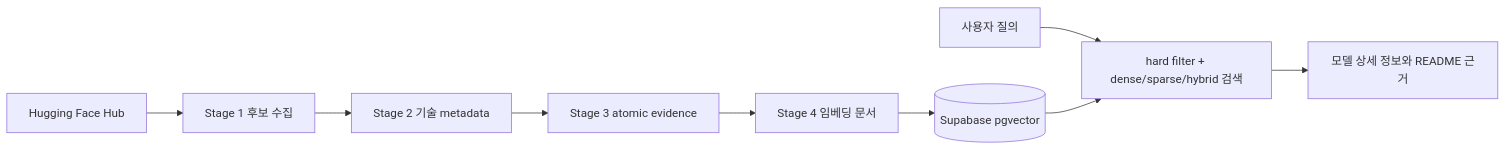
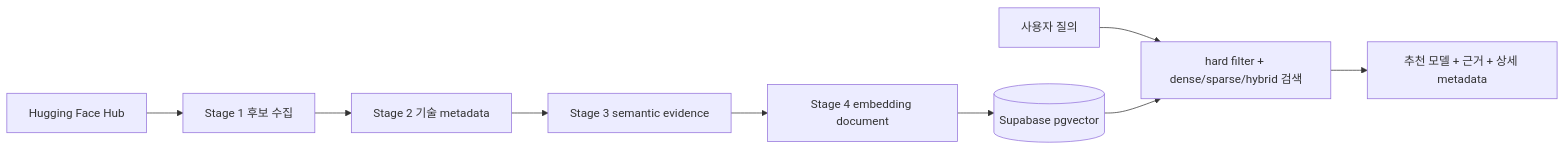
One commit to Model-Scout/Model_Scout changed the diagram in README.md. Above: the diagram before and after it, drawn with Mermaid. The commit also changed other lines of this file and 3 other files, not shown here.

````diff
--- a/README.md
+++ b/README.md
@@ -36,11 +15,11 @@
 ```mermaid
 flowchart LR
     H[Hugging Face Hub] --> S1[Stage 1 후보 수집]
     S1 --> S2[Stage 2 기술 metadata]
-    S2 --> S3[Stage 3 atomic evidence]
-    S3 --> S4[Stage 4 임베딩 문서]
+    S2 --> S3[Stage 3 semantic evidence]
+    S3 --> S4[Stage 4 embedding document]
     S4 --> DB[(Supabase pgvector)]
     Q[사용자 질의] --> R[hard filter + dense/sparse/hybrid 검색]
     DB --> R
-    R --> A[모델 상세 정보와 README 근거]
+    R --> A[추천 모델 + 근거 + 상세 metadata]
 ```
````
